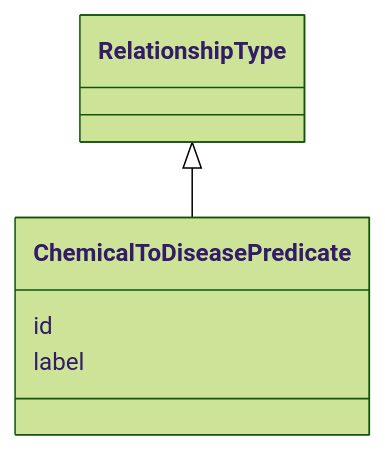
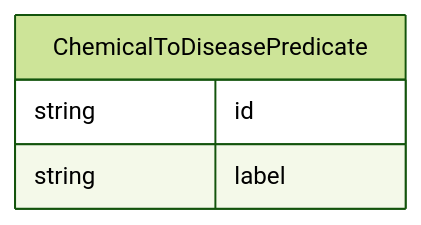
The diagram in docs/ctd/ChemicalToDiseasePredicate.md (monarch-initiative/ontogpt), drawn with Mermaid (forest theme) before and after one commit. The commit also changed 187 other files, not shown here.

````diff
--- a/docs/ctd/ChemicalToDiseasePredicate.md
+++ b/docs/ctd/ChemicalToDiseasePredicate.md
@@ -10,9 +10,10 @@
 ```mermaid
- classDiagram
-    class ChemicalToDiseasePredicate
-      RelationshipType <|-- ChemicalToDiseasePredicate
-      
-      ChemicalToDiseasePredicate : id
-      ChemicalToDiseasePredicate : label
-      
+erDiagram
+ChemicalToDiseasePredicate {
+    string id  
+    string label  
+}
+
+
+
 ```
````
